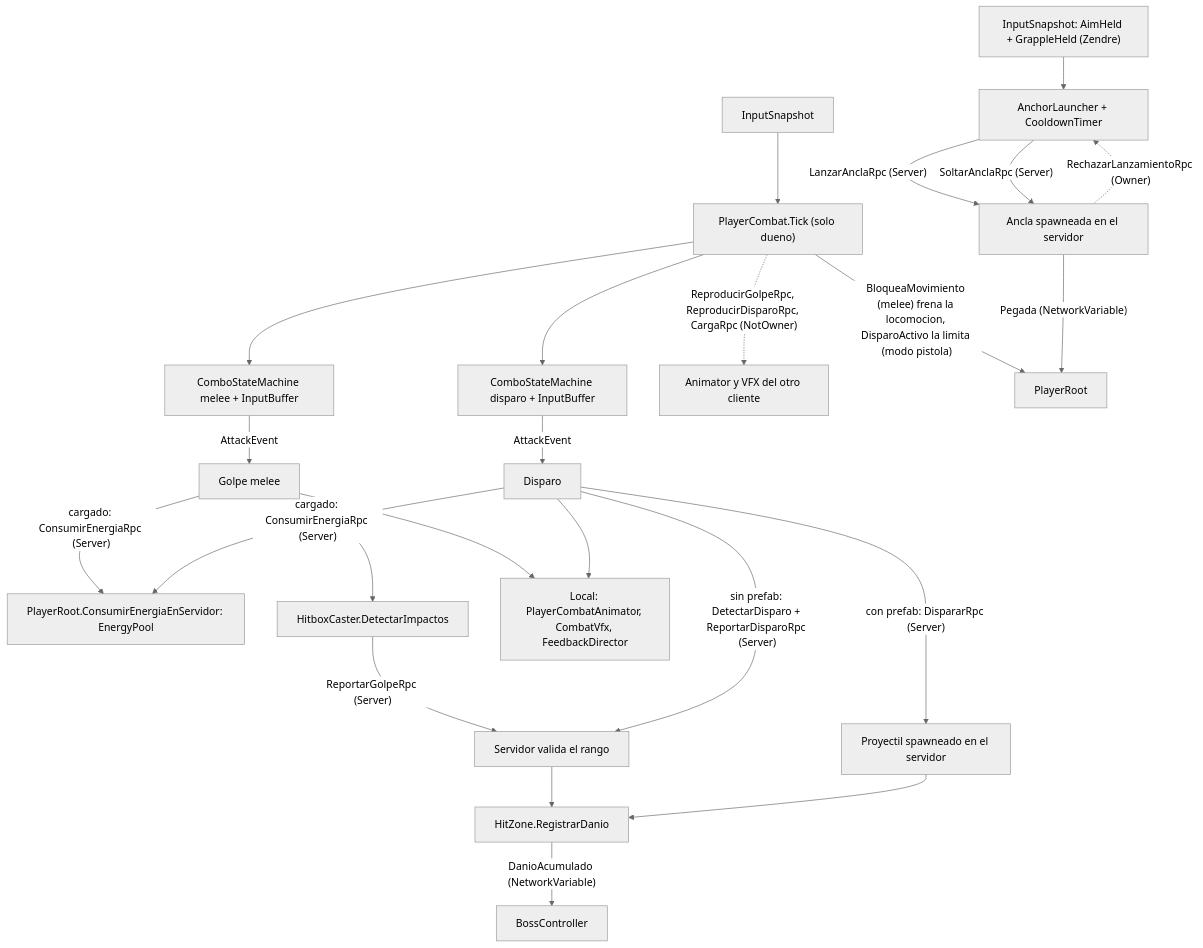
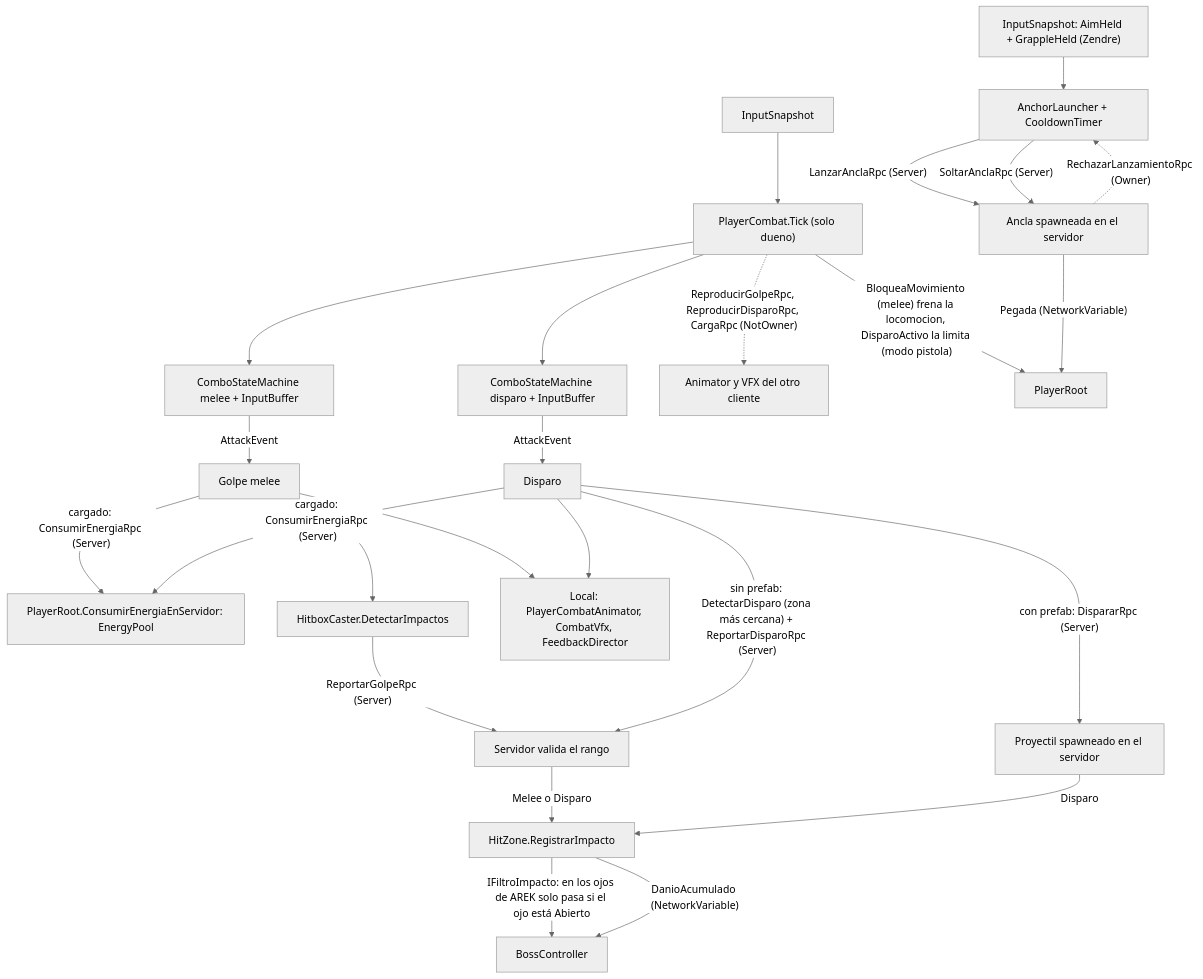
Before and after one commit to VicBojoDev10/DeathOfMeaningRepo: the diagram in docs/diagrams/combat.mermaid, drawn with Mermaid (neutral theme). The commit also changed 1 other file, not shown here.

Commit message:
doc: update boss and combat diagrams for weak point damage

```diff
--- a/docs/diagrams/combat.mermaid
+++ b/docs/diagrams/combat.mermaid
@@ -1,24 +1,25 @@
 flowchart TD
     IN[InputSnapshot] --> PC["PlayerCombat.Tick (solo dueno)"]
     PC --> MEL["ComboStateMachine melee + InputBuffer"]
     PC --> RNG["ComboStateMachine disparo + InputBuffer"]
     MEL -->|AttackEvent| GOLPE[Golpe melee]
     RNG -->|AttackEvent| DISP[Disparo]
     GOLPE -->|"cargado: ConsumirEnergiaRpc (Server)"| EN["PlayerRoot.ConsumirEnergiaEnServidor: EnergyPool"]
     DISP -->|"cargado: ConsumirEnergiaRpc (Server)"| EN
     GOLPE --> HB[HitboxCaster.DetectarImpactos]
     HB -->|"ReportarGolpeRpc (Server)"| VAL[Servidor valida el rango]
     DISP -->|"con prefab: DispararRpc (Server)"| PROY[Proyectil spawneado en el servidor]
-    DISP -->|"sin prefab: DetectarDisparo + ReportarDisparoRpc (Server)"| VAL
-    VAL --> HZ[HitZone.RegistrarDanio]
-    PROY --> HZ
-    HZ -->|"DanioAcumulado (NetworkVariable)"| BOSS[BossController]
+    DISP -->|"sin prefab: DetectarDisparo (zona más cercana) + ReportarDisparoRpc (Server)"| VAL
+    VAL -->|"Melee o Disparo"| HZ[HitZone.RegistrarImpacto]
+    PROY -->|Disparo| HZ
+    HZ -->|"IFiltroImpacto: en los ojos de AREK solo pasa si el ojo está Abierto"| BOSS[BossController]
+    HZ -->|"DanioAcumulado (NetworkVariable)"| BOSS
     GOLPE --> LOCAL["Local: PlayerCombatAnimator, CombatVfx, FeedbackDirector"]
     DISP --> LOCAL
     PC -.->|"ReproducirGolpeRpc, ReproducirDisparoRpc, CargaRpc (NotOwner)"| REM[Animator y VFX del otro cliente]
     PC -->|"BloqueaMovimiento (melee) frena la locomocion, DisparoActivo la limita (modo pistola)"| ROOT[PlayerRoot]
     INZ["InputSnapshot: AimHeld + GrappleHeld (Zendre)"] --> AL["AnchorLauncher + CooldownTimer"]
     AL -->|"LanzarAnclaRpc (Server)"| AN[Ancla spawneada en el servidor]
     AL -->|"SoltarAnclaRpc (Server)"| AN
     AN -.->|"RechazarLanzamientoRpc (Owner)"| AL
     AN -->|"Pegada (NetworkVariable)"| ROOT
```
